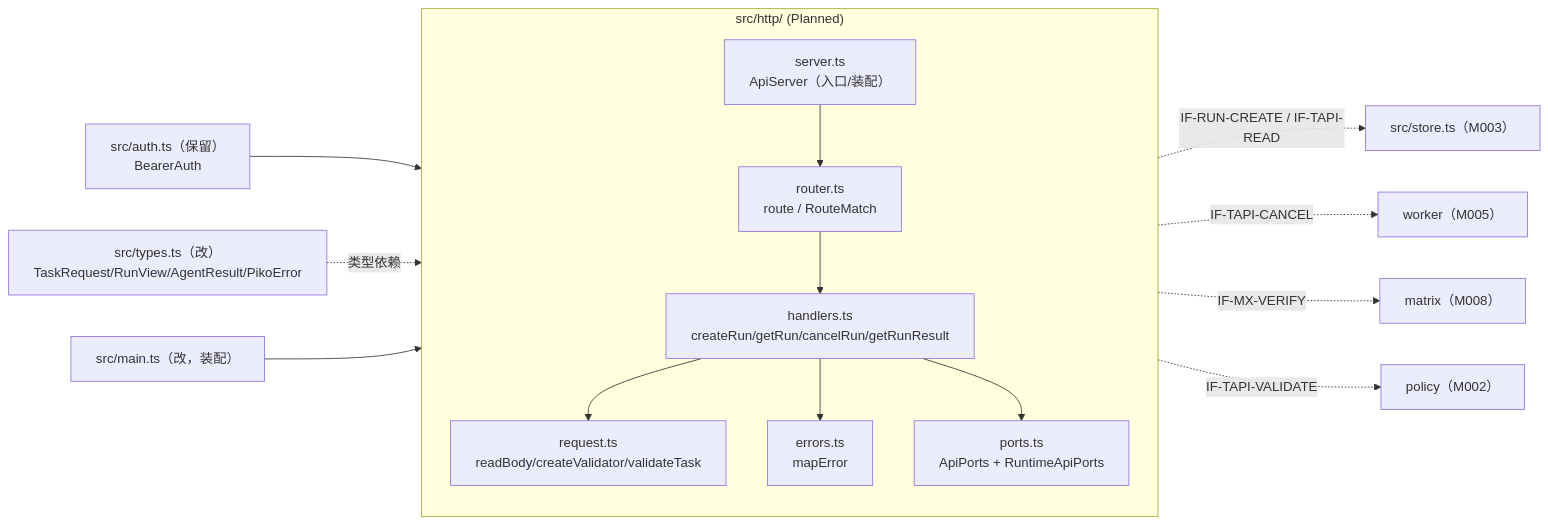
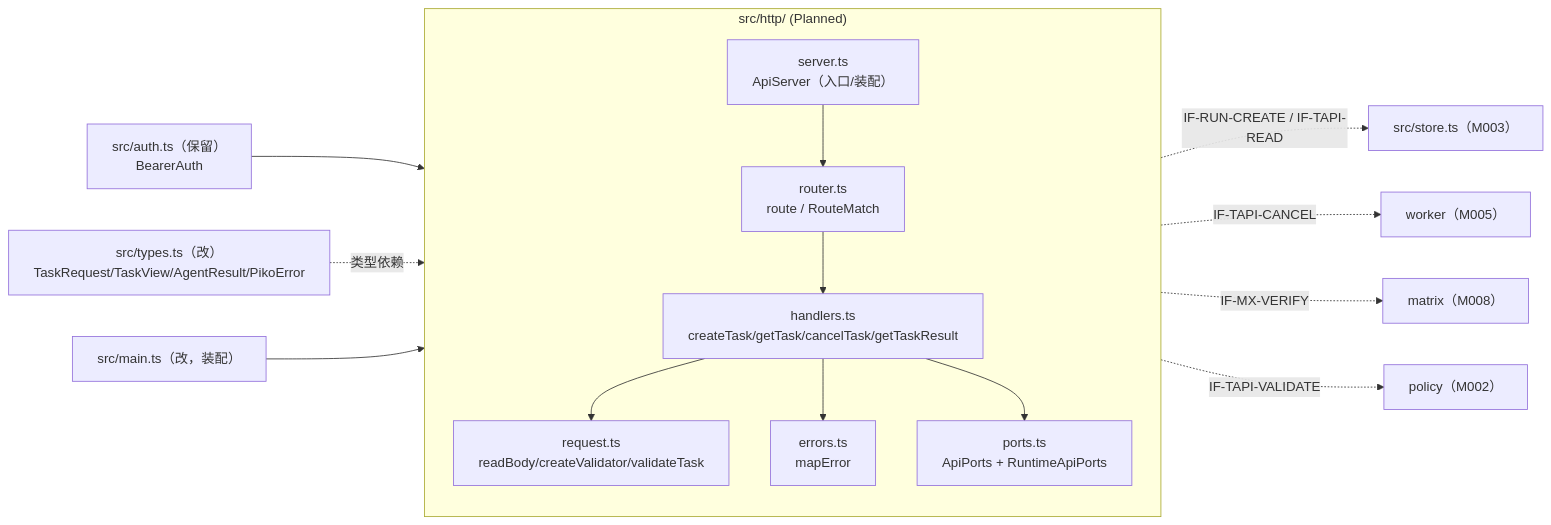
The first of 3 diagrams in docs/50_implementation_design/piko-task-api-impl.isd.md (corezilla/piko), drawn with Mermaid before and after one commit. The commit also changed other lines of this file and 86 other files, not shown here.

````diff
--- a/docs/50_implementation_design/piko-task-api-impl.isd.md
+++ b/docs/50_implementation_design/piko-task-api-impl.isd.md
@@ -137,24 +137,24 @@
 ```mermaid
 flowchart LR
     subgraph SRC["src/http/ (Planned)"]
         direction TB
         SRV["server.ts<br/>ApiServer（入口/装配）"]
         RT["router.ts<br/>route / RouteMatch"]
-        HD["handlers.ts<br/>createRun/getRun/cancelRun/getRunResult"]
+        HD["handlers.ts<br/>createTask/getTask/cancelTask/getTaskResult"]
         RQ["request.ts<br/>readBody/createValidator/validateTask"]
         ER["errors.ts<br/>mapError"]
         PT["ports.ts<br/>ApiPorts + RuntimeApiPorts"]
         SRV --> RT
         RT --> HD
         HD --> RQ
         HD --> ER
         HD --> PT
     end
     AUTH["src/auth.ts（保留）<br/>BearerAuth"] --> RT
-    TY["src/types.ts（改）<br/>TaskRequest/RunView/AgentResult/PikoError"] -. 类型依赖 .-> HD
+    TY["src/types.ts（改）<br/>TaskRequest/TaskView/AgentResult/PikoError"] -. 类型依赖 .-> HD
     PT -. "IF-RUN-CREATE / IF-TAPI-READ" .-> REPO["src/store.ts（M003）"]
     PT -. "IF-TAPI-CANCEL" .-> WK["worker（M005）"]
     PT -. "IF-MX-VERIFY" .-> MX["matrix（M008）"]
     PT -. "IF-TAPI-VALIDATE" .-> POL["policy（M002）"]
     MN["src/main.ts（改，装配）"] --> SRV
 ```
````
